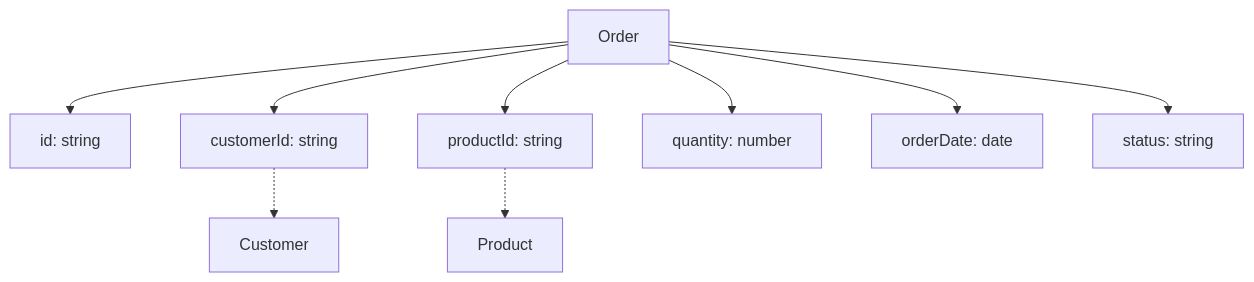
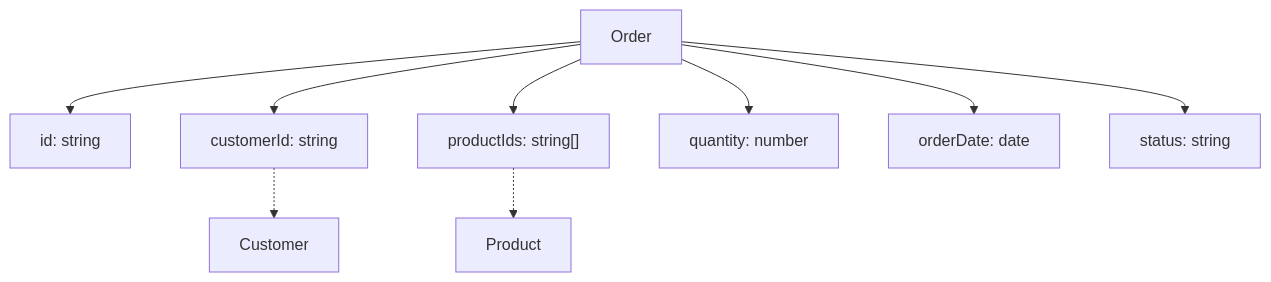
Diagram 16 of 16 in examples/mermaid-examples.md (kothar/zod-mermaid), drawn with Mermaid before and after one commit. The commit also changed other lines of this file and 4 other files, not shown here.

````diff
--- a/examples/mermaid-examples.md
+++ b/examples/mermaid-examples.md
@@ -389,20 +389,20 @@
 ```mermaid
 flowchart TD
     Order["Order"]
     Customer["Customer"]
     Product["Product"]
     Order_id["id: string"]
     Order --> Order_id["id: string"]
     Order_customerId["customerId: string"]
     Order --> Order_customerId["customerId: string"]
     Order_customerId["customerId: string"] -.-> Customer
-    Order_productId["productId: string"]
-    Order --> Order_productId["productId: string"]
-    Order_productId["productId: string"] -.-> Product
+    Order_productIds["productIds: string[]"]
+    Order --> Order_productIds["productIds: string[]"]
+    Order_productIds["productIds: string[]"] -.-> Product
     Order_quantity["quantity: number"]
     Order --> Order_quantity["quantity: number"]
     Order_orderDate["orderDate: date"]
     Order --> Order_orderDate["orderDate: date"]
     Order_status["status: string"]
     Order --> Order_status["status: string"]
 ```
````
